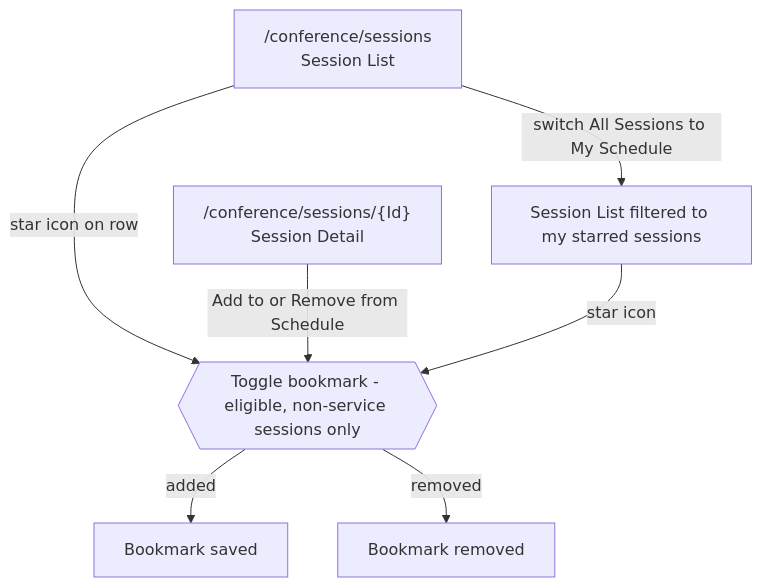
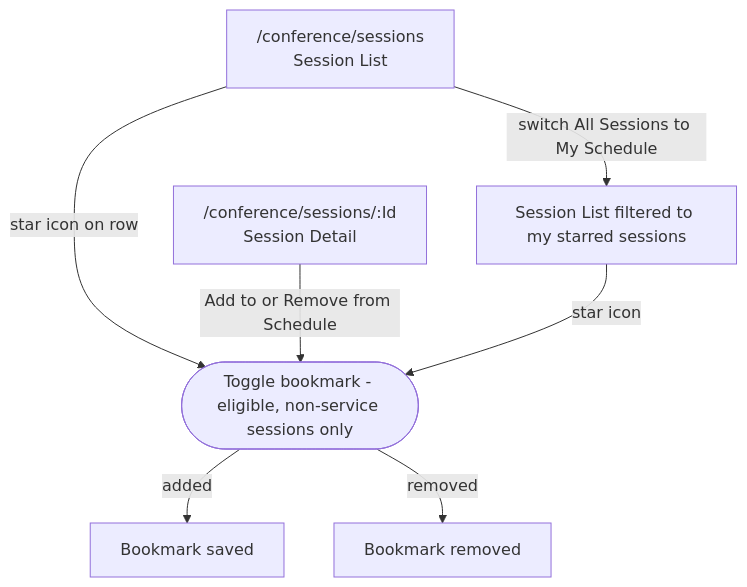
One commit to ivanball/ivanball.github.io changed the seventh of 14 diagrams in docs-src/guides/adc-NavigationFlow.md. Above: the diagram before and after it, drawn with Mermaid. The commit also changed other lines of this file and 9 other files, not shown here.

````diff
--- a/docs-src/guides/adc-NavigationFlow.md
+++ b/docs-src/guides/adc-NavigationFlow.md
@@ -494,9 +535,9 @@
 ```mermaid
 flowchart TD
-    Sessions["/conference/sessions<br/>Session List"] -->|star icon on row| Toggle{{"Toggle bookmark - eligible, non-service sessions only"}}
-    SessionDetail["/conference/sessions/{Id}<br/>Session Detail"] -->|Add to or Remove from Schedule| Toggle
+    Sessions["/conference/sessions<br/>Session List"] -->|star icon on row| Toggle(["Toggle bookmark - eligible, non-service sessions only"])
+    SessionDetail["/conference/sessions/:Id<br/>Session Detail"] -->|Add to or Remove from Schedule| Toggle
     Toggle -->|added| Saved["Bookmark saved"]
     Toggle -->|removed| Removed["Bookmark removed"]
     Sessions -->|switch All Sessions to My Schedule| MySchedule["Session List filtered to my starred sessions"]
     MySchedule -->|star icon| Toggle
 ```
````
